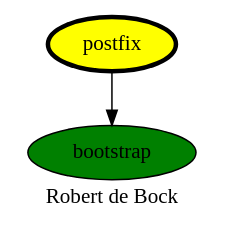
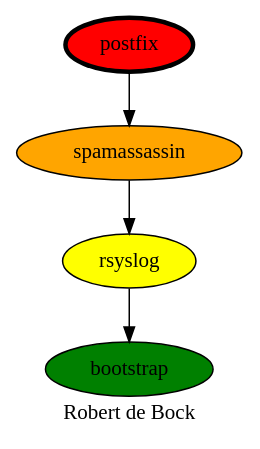
The diagram in postfix.dot (robertdebock/drawings), drawn with Graphviz before and after one commit. The commit also changed 1 other file, not shown here.

```diff
--- a/postfix.dot
+++ b/postfix.dot
@@ -1,9 +1,13 @@
 digraph PhiloDilemma {
   label = "Robert de Bock" ;
   overlap=false
   {
     bootstrap [fillcolor=green style=filled]
-    postfix [fillcolor=yellow style=filled penwidth=3]
+    rsyslog [fillcolor=yellow style=filled]
+    spamassassin [fillcolor=orange style=filled]
+    postfix [fillcolor=red style=filled penwidth=3]
   }
-  postfix -> bootstrap
+  postfix -> spamassassin
+  spamassassin -> rsyslog
+  rsyslog -> bootstrap
 }
```
